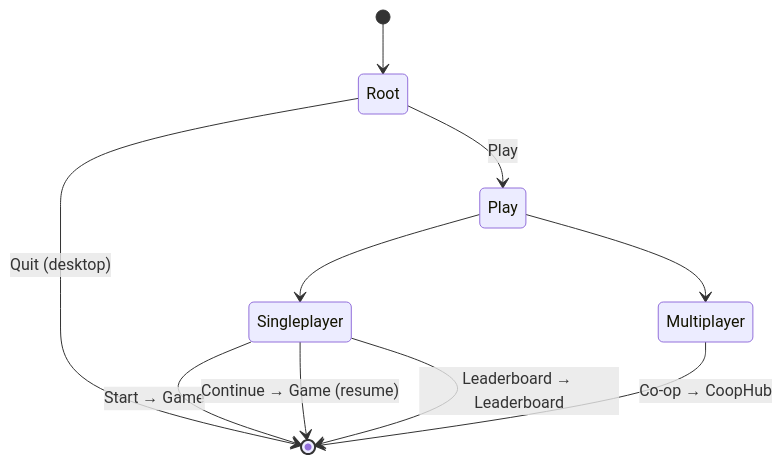
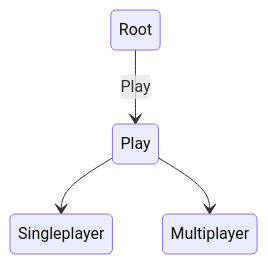
One commit to vicplusplus/arrow-thing changed the third of 5 diagrams in docs/TechnicalDesign.md. Above: the diagram before and after it, drawn with Mermaid. The commit also changed other lines of this file, not shown here.

````diff
--- a/docs/TechnicalDesign.md
+++ b/docs/TechnicalDesign.md
@@ -276,12 +276,7 @@
 ```mermaid
 stateDiagram-v2
-    [*] --> Root
     Root --> Play : Play
-    Root --> [*] : Quit (desktop)
     Play --> Singleplayer
     Play --> Multiplayer
-    Singleplayer --> [*] : Start → Game
-    Singleplayer --> [*] : Continue → Game (resume)
-    Singleplayer --> [*] : Leaderboard → Leaderboard
-    Multiplayer --> [*] : Co-op → CoopHub
+
 ```
````
